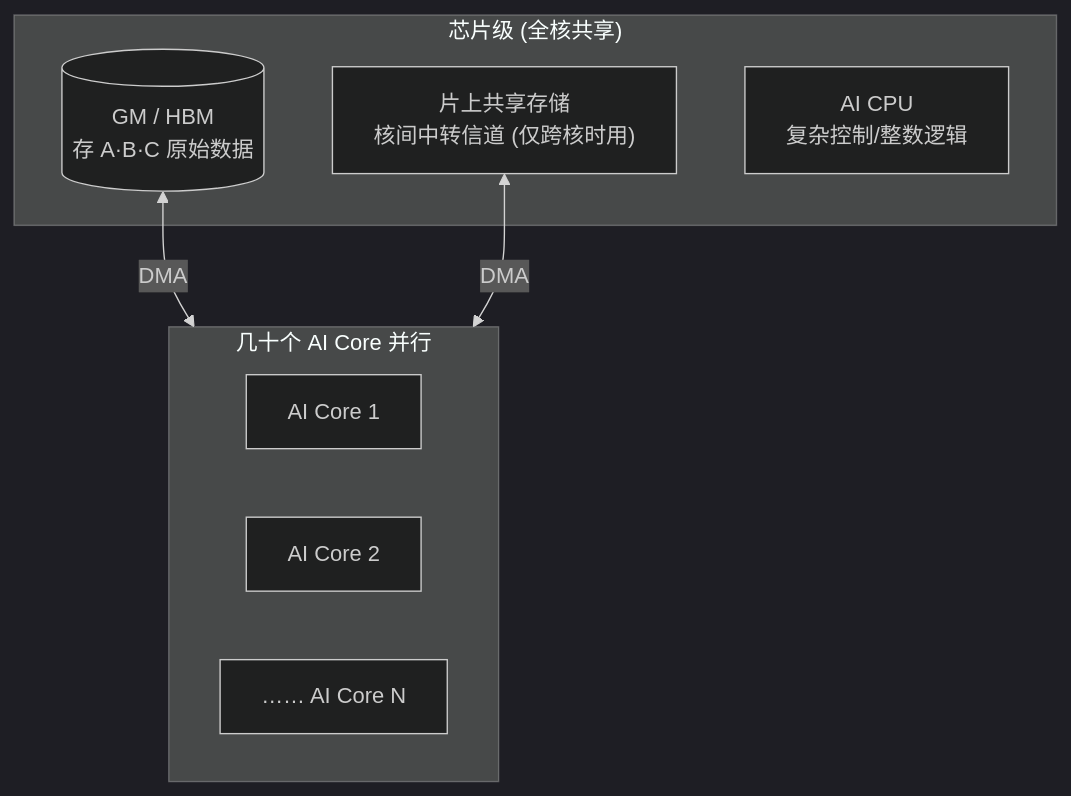
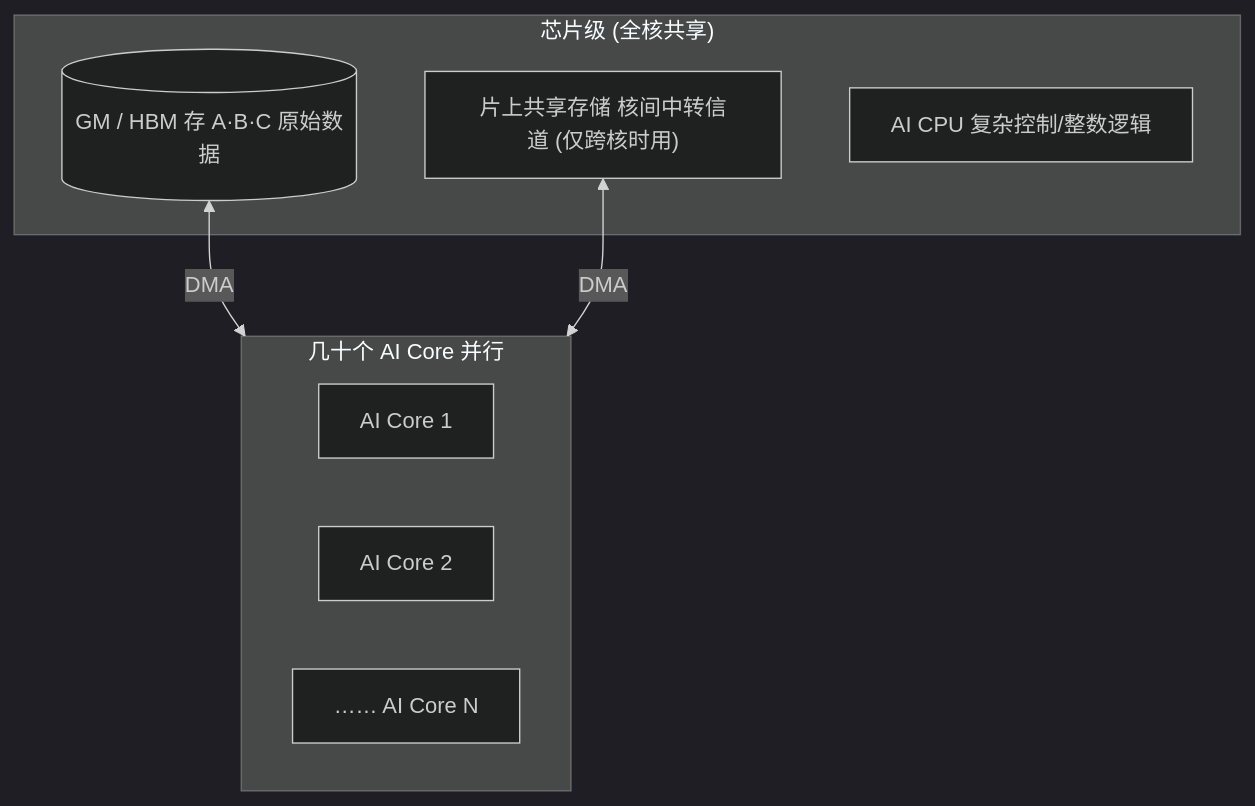
One commit to SuccinctPaul/Ascend-Notes changed the second of 3 diagrams in docs/pages/hardware/01-ai-core-overview.md. Above: the diagram before and after it, drawn with Mermaid (dark theme). The commit also changed other lines of this file and 8 other files, not shown here.

````diff
--- a/docs/pages/hardware/01-ai-core-overview.md
+++ b/docs/pages/hardware/01-ai-core-overview.md
@@ -124,15 +124,15 @@
 ```mermaid
 flowchart TB
     subgraph SYS["芯片级 (全核共享)"]
-        GM[("GM / HBM<br/>存 A·B·C 原始数据")]
-        SHARE["片上共享存储<br/>核间中转信道 (仅跨核时用)"]
-        AICPU["AI CPU<br/>复杂控制/整数逻辑"]
+        GM[("GM / HBM 存 A·B·C 原始数据")]
+        SHARE["片上共享存储 核间中转信道 (仅跨核时用)"]
+        AICPU["AI CPU 复杂控制/整数逻辑"]
     end
     subgraph CORES["几十个 AI Core 并行"]
         C1["AI Core 1"]
         C2["AI Core 2"]
         C3["…… AI Core N"]
     end
     GM <-->|DMA| CORES
     SHARE <-->|DMA| CORES
 ```
````
